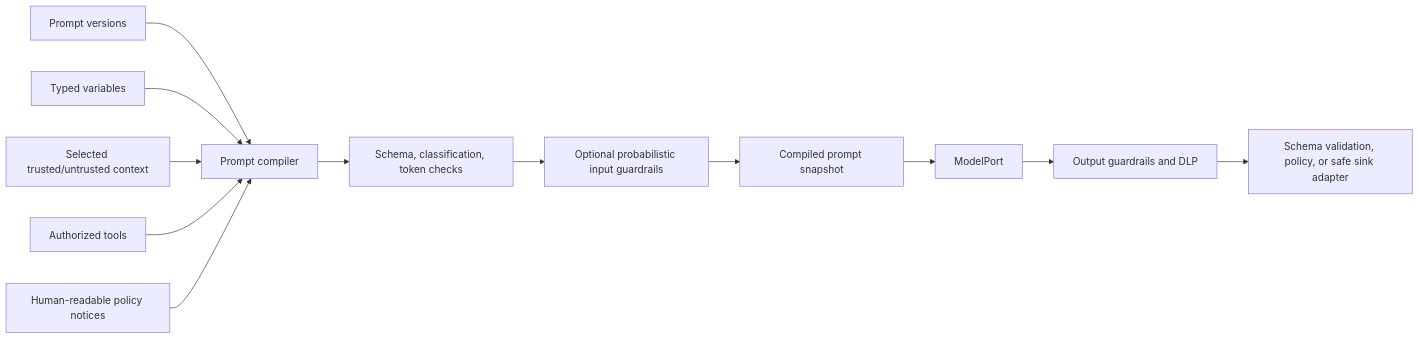
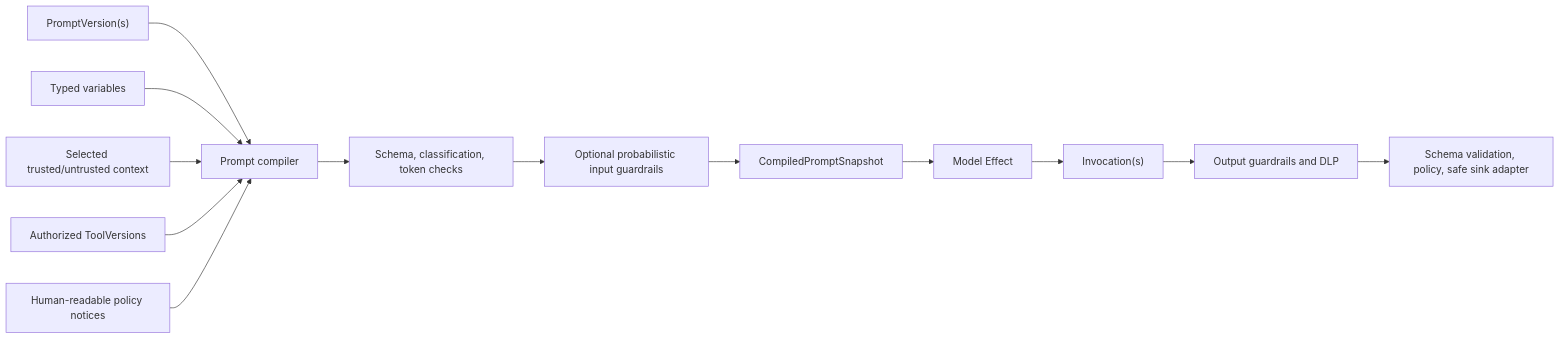
The diagram in handbook/prompts.mdx (thaithienvanid/agentic-reference-architecture), drawn with Mermaid before and after one commit. The commit also changed other lines of this file, not shown here.

Commit message:
align prompt guide with stable resource and version model

````diff
--- a/handbook/prompts.mdx
+++ b/handbook/prompts.mdx
@@ -73,14 +76,15 @@
 ```mermaid
 flowchart LR
-    Version["Prompt versions"] --> Compiler["Prompt compiler"]
+    Version["PromptVersion(s)"] --> Compiler["Prompt compiler"]
     Variables["Typed variables"] --> Compiler
     Context["Selected trusted/untrusted context"] --> Compiler
-    Tools["Authorized tools"] --> Compiler
-    Policies["Human-readable policy notices"] --> Compiler
+    Tools["Authorized ToolVersions"] --> Compiler
+    Notices["Human-readable policy notices"] --> Compiler
     Compiler --> Validate["Schema, classification, token checks"]
     Validate --> PreGuard["Optional probabilistic input guardrails"]
-    PreGuard --> Snapshot["Compiled prompt snapshot"]
-    Snapshot --> Model["ModelPort"]
-    Model --> PostGuard["Output guardrails and DLP"]
-    PostGuard --> Sink["Schema validation, policy, or safe sink adapter"]
+    PreGuard --> Snapshot["CompiledPromptSnapshot"]
+    Snapshot --> Effect["Model Effect"]
+    Effect --> Invoke["Invocation(s)"]
+    Invoke --> PostGuard["Output guardrails and DLP"]
+    PostGuard --> Sink["Schema validation, policy, safe sink adapter"]
 ```
````
